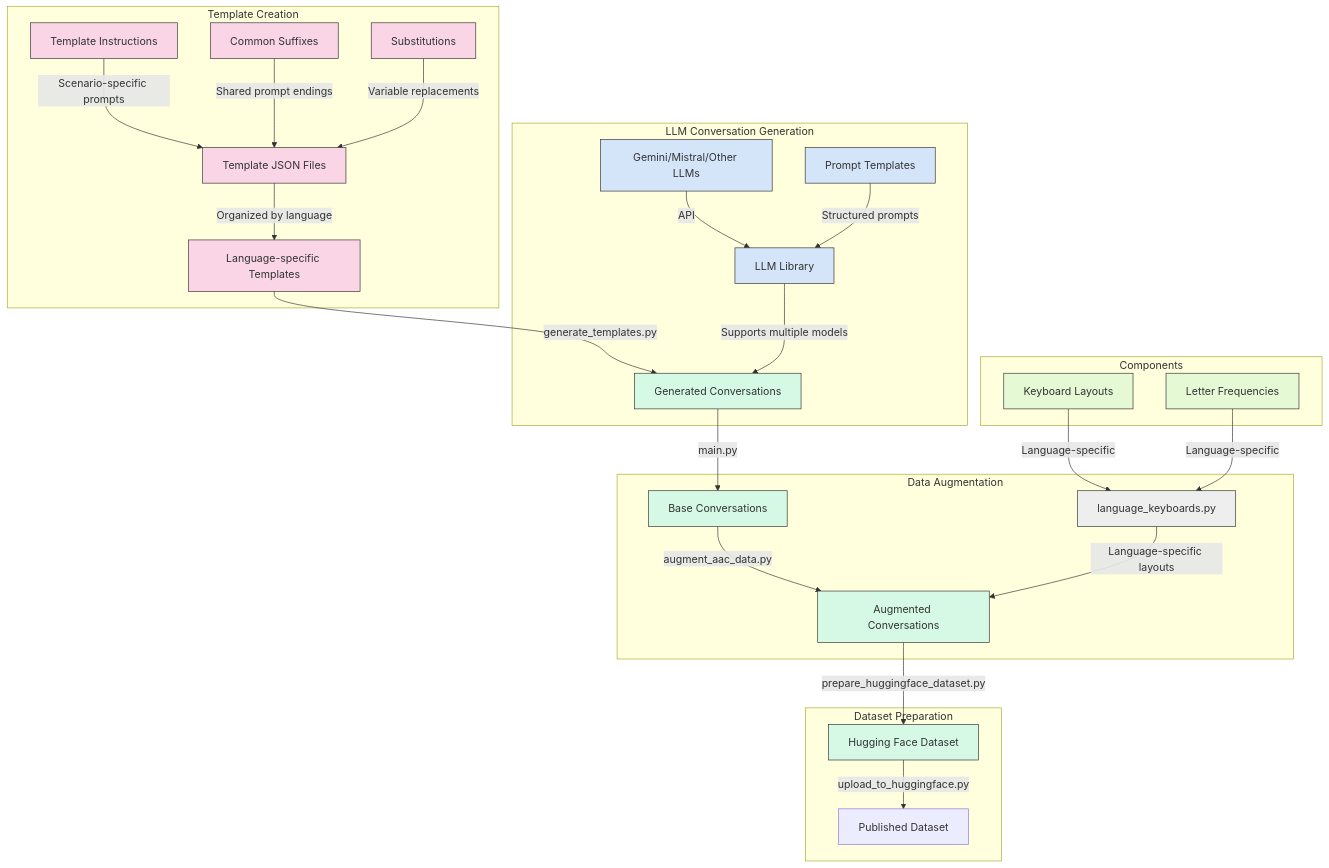
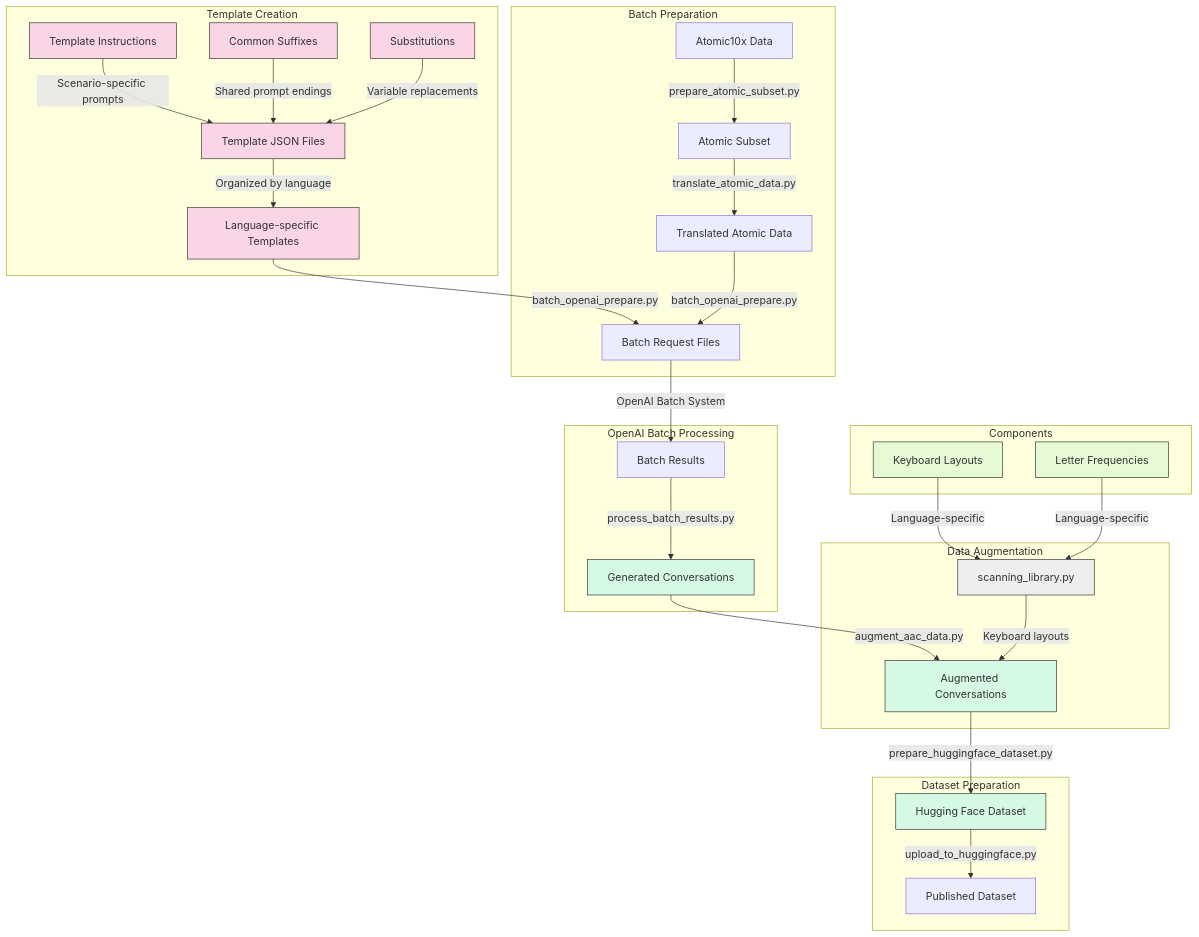
Before and after one commit to willwade/AACDataSet: the diagram in README.md, drawn with Mermaid. The commit also changed other lines of this file and 47 other files, not shown here.

````diff
--- a/README.md
+++ b/README.md
@@ -256,44 +297,48 @@
 ```mermaid
 graph TD
     subgraph "Template Creation"
         A[Template JSON Files] -->|Organized by language| B[Language-specific Templates]
         T1[Template Instructions] -->|Scenario-specific prompts| A
         T2[Common Suffixes] -->|Shared prompt endings| A
         T3[Substitutions] -->|Variable replacements| A
     end
 
-    subgraph "LLM Conversation Generation"
-        B -->|generate_templates.py| C[Generated Conversations]
-        L[LLM Library] -->|Supports multiple models| C
-        M[Gemini/Mistral/Other LLMs] -->|API| L
-        N[Prompt Templates] -->|Structured prompts| L
+    subgraph "Batch Preparation"
+        B -->|batch_openai_prepare.py| BP[Batch Request Files]
+        AT[Atomic10x Data] -->|prepare_atomic_subset.py| AS[Atomic Subset]
+        AS -->|translate_atomic_data.py| TA[Translated Atomic Data]
+        TA -->|batch_openai_prepare.py| BP
+    end
+
+    subgraph "OpenAI Batch Processing"
+        BP -->|OpenAI Batch System| BR[Batch Results]
+        BR -->|process_batch_results.py| C[Generated Conversations]
     end
 
     subgraph "Data Augmentation"
-        C -->|main.py| D[Base Conversations]
-        D -->|augment_aac_data.py| E[Augmented Conversations]
-        F[language_keyboards.py] -->|Language-specific layouts| E
+        C -->|augment_aac_data.py| E[Augmented Conversations]
+        F[scanning_library.py] -->|Keyboard layouts| E
     end
 
     subgraph "Dataset Preparation"
         E -->|prepare_huggingface_dataset.py| G[Hugging Face Dataset]
         G -->|upload_to_huggingface.py| H[Published Dataset]
     end
 
     subgraph "Components"
         J[Keyboard Layouts] -->|Language-specific| F
         K[Letter Frequencies] -->|Language-specific| F
     end
 
     classDef templates fill:#f9d5e5,stroke:#333,stroke-width:1px;
     classDef processing fill:#eeeeee,stroke:#333,stroke-width:1px;
     classDef data fill:#d5f9e5,stroke:#333,stroke-width:1px;
     classDef components fill:#e5f9d5,stroke:#333,stroke-width:1px;
     classDef llm fill:#d5e5f9,stroke:#333,stroke-width:1px;
 
     class A,B,T1,T2,T3 templates;
     class C,D,E,G data;
     class J,K components;
     class F processing;
     class L,M,N llm;
 ```
````
